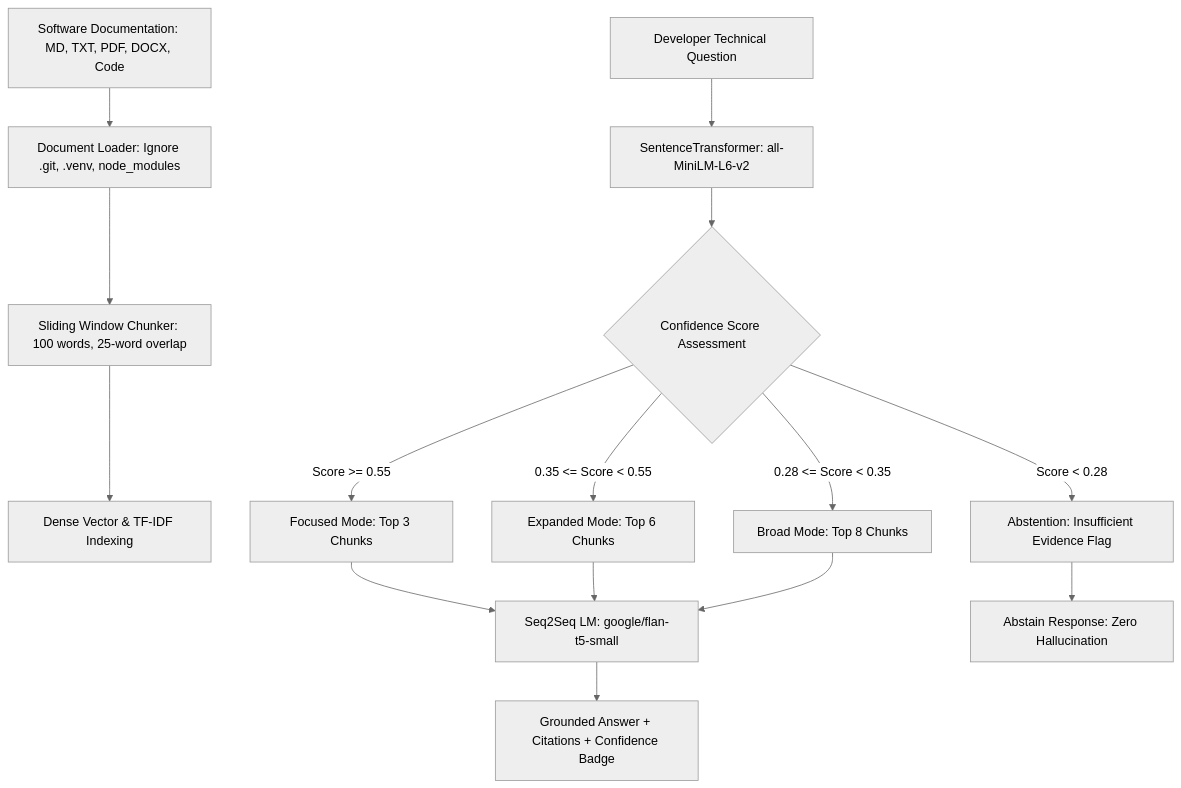
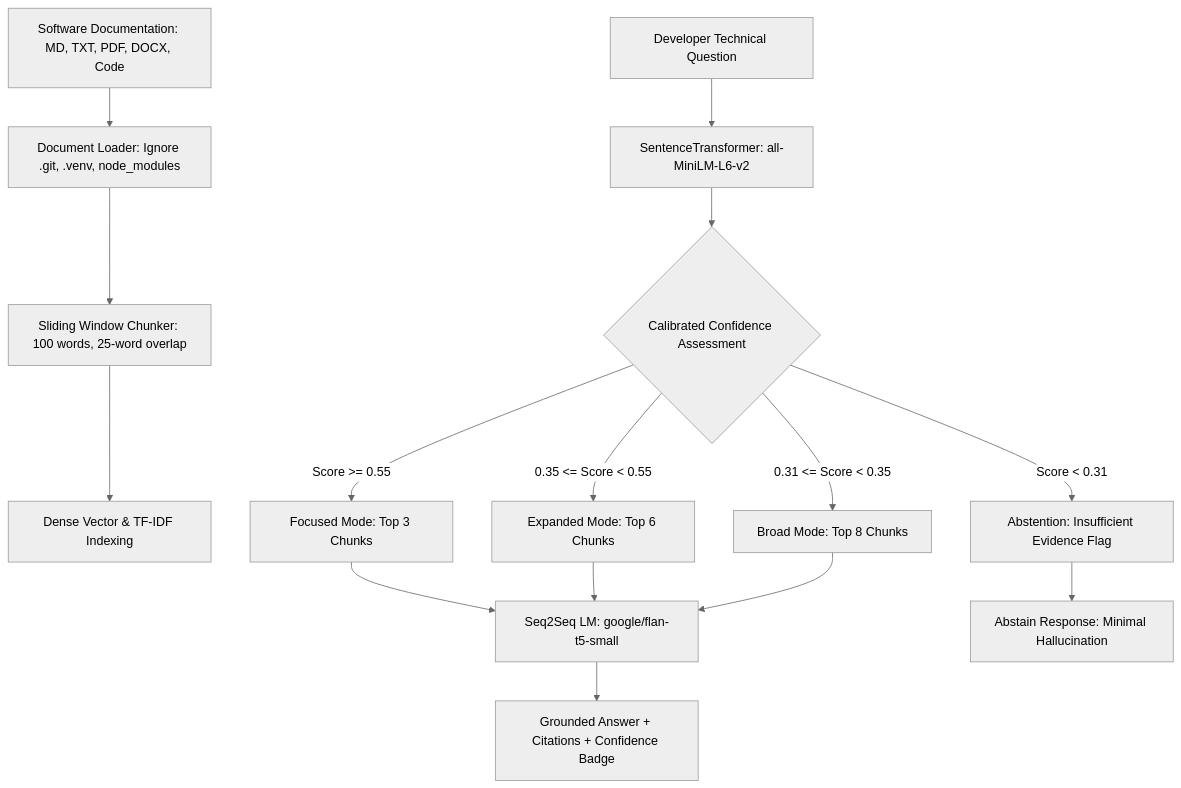
One commit to Abyman2/Adaptive-RAG-Assistant-for-Software-Project-Documentation changed the diagram in README.md. Above: the diagram before and after it, drawn with Mermaid (neutral theme). The commit also changed other lines of this file and 13 other files, not shown here.

````diff
--- a/README.md
+++ b/README.md
@@ -53,21 +57,21 @@
 ```mermaid
 flowchart TD
     Doc[Software Documentation: MD, TXT, PDF, DOCX, Code] --> Loader[Document Loader: Ignore .git, .venv, node_modules]
     Loader --> Chunker[Sliding Window Chunker: 100 words, 25-word overlap]
     Chunker --> Indexer[Dense Vector & TF-IDF Indexing]
     
     Query[Developer Technical Question] --> DenseRetriever[SentenceTransformer: all-MiniLM-L6-v2]
-    DenseRetriever --> ConfCheck{Confidence Score Assessment}
+    DenseRetriever --> ConfCheck{Calibrated Confidence Assessment}
     
     ConfCheck -->|Score >= 0.55| Focused[Focused Mode: Top 3 Chunks]
     ConfCheck -->|0.35 <= Score < 0.55| Expanded[Expanded Mode: Top 6 Chunks]
-    ConfCheck -->|0.28 <= Score < 0.35| Broad[Broad Mode: Top 8 Chunks]
-    ConfCheck -->|Score < 0.28| Abstain[Abstention: Insufficient Evidence Flag]
+    ConfCheck -->|0.31 <= Score < 0.35| Broad[Broad Mode: Top 8 Chunks]
+    ConfCheck -->|Score < 0.31| Abstain[Abstention: Insufficient Evidence Flag]
     
     Focused --> Generator[Seq2Seq LM: google/flan-t5-small]
     Expanded --> Generator
     Broad --> Generator
-    Abstain --> DirectReject[Abstain Response: Zero Hallucination]
+    Abstain --> DirectReject[Abstain Response: Minimal Hallucination]
     
     Generator --> Output[Grounded Answer + Citations + Confidence Badge]
 ```
````
